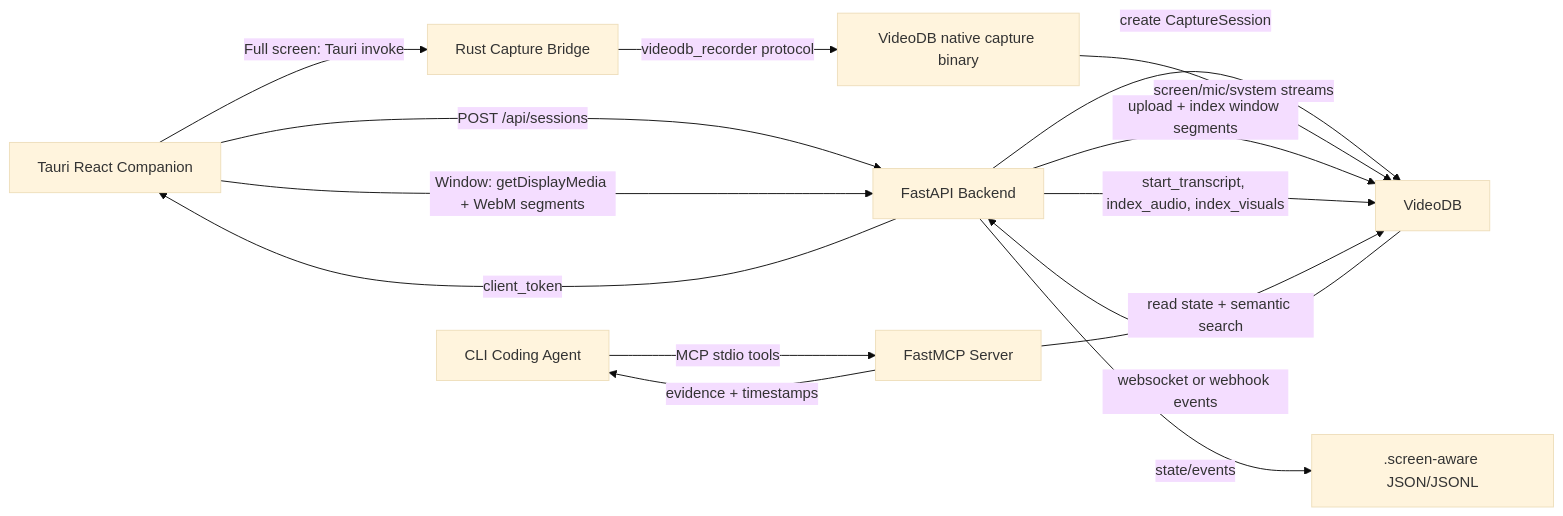
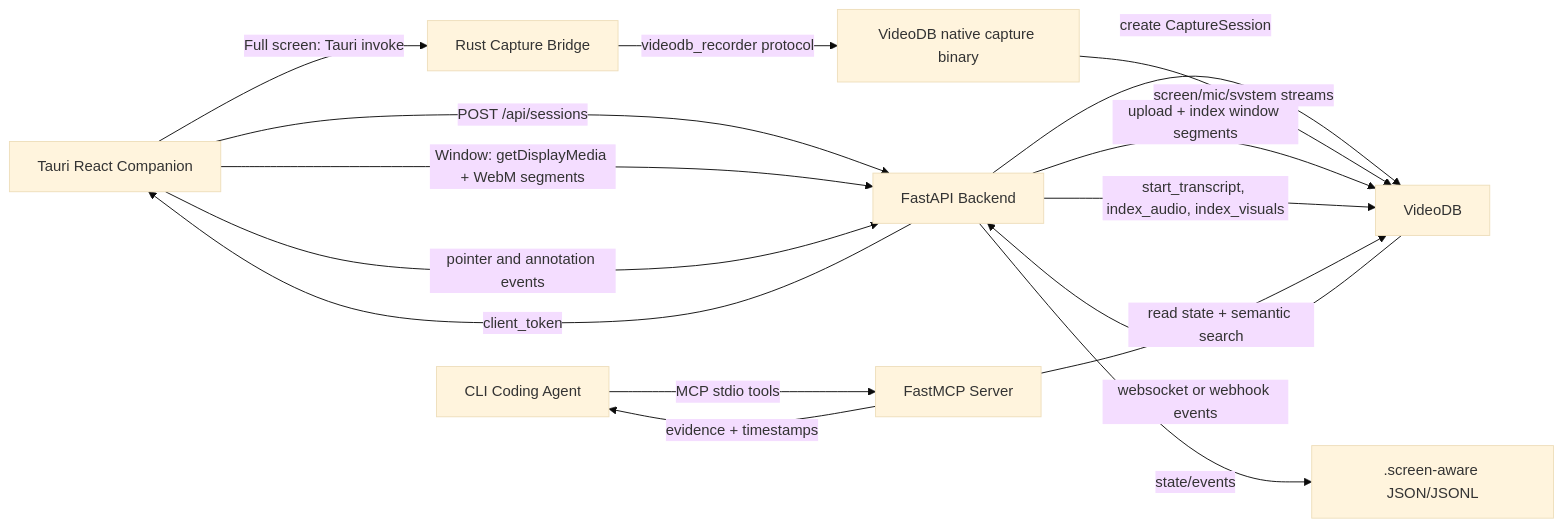
The diagram in docs/ARCHITECTURE.md (amaansyed27/screen-aware), drawn with Mermaid (base theme) before and after one commit. The commit also changed other lines of this file and 5 other files, not shown here.

````diff
--- a/docs/ARCHITECTURE.md
+++ b/docs/ARCHITECTURE.md
@@ -7,17 +7,18 @@
 ```mermaid
 flowchart LR
     UI["Tauri React Companion"] -->|"POST /api/sessions"| API["FastAPI Backend"]
     API -->|"create CaptureSession"| VDB["VideoDB"]
     API -->|"client_token"| UI
     UI -->|"Full screen: Tauri invoke"| RUST["Rust Capture Bridge"]
     RUST -->|"videodb_recorder protocol"| BIN["VideoDB native capture binary"]
     BIN -->|"screen/mic/system streams"| VDB
     UI -->|"Window: getDisplayMedia + WebM segments"| API
     API -->|"upload + index window segments"| VDB
+    UI -->|"pointer and annotation events"| API
     VDB -->|"websocket or webhook events"| API
     API -->|"start_transcript, index_audio, index_visuals"| VDB
     API -->|"state/events"| STORE[".screen-aware JSON/JSONL"]
     AGENT["CLI Coding Agent"] -->|"MCP stdio tools"| MCP["FastMCP Server"]
     MCP -->|"read state + semantic search"| VDB
     MCP -->|"evidence + timestamps"| AGENT
 ```
````
